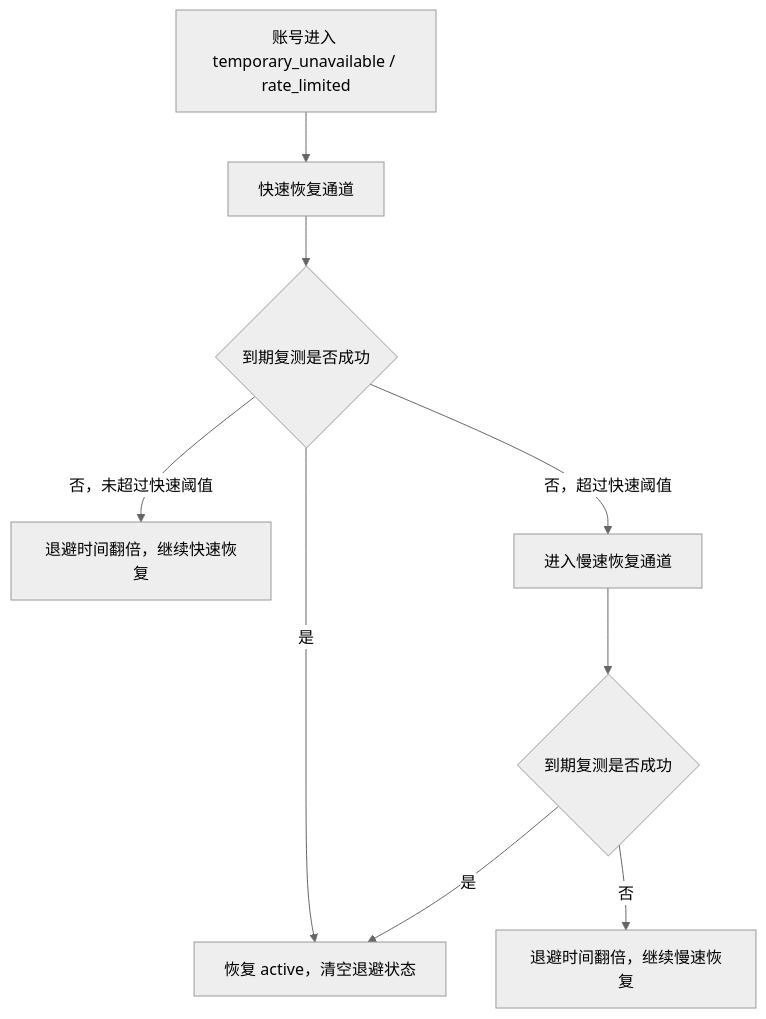
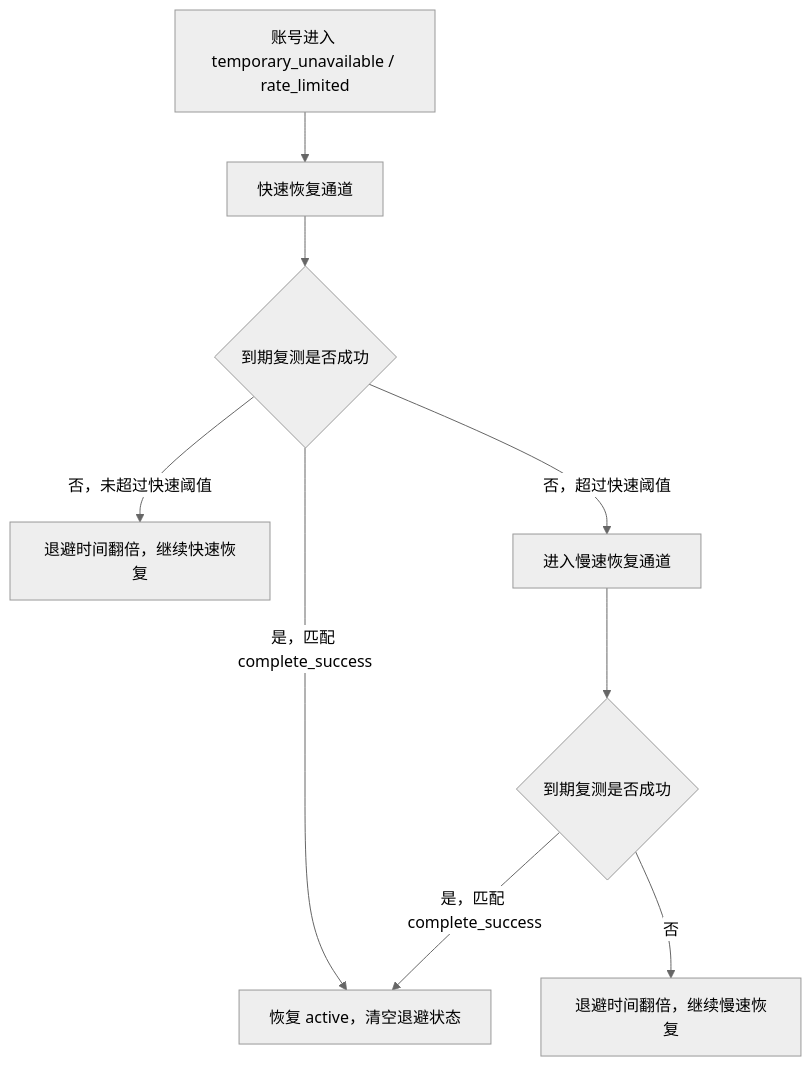
The third of 3 diagrams in docs/functions/网关异常重试与兜底策略.md (huanmin123/juhe-ai), drawn with Mermaid (neutral theme) before and after one commit. The commit also changed other lines of this file and 290 other files, not shown here.

````diff
--- a/docs/functions/网关异常重试与兜底策略.md
+++ b/docs/functions/网关异常重试与兜底策略.md
@@ -245,11 +263,11 @@
 ```mermaid
 flowchart TD
   A["账号进入 temporary_unavailable / rate_limited"] --> B["快速恢复通道"]
   B --> C{"到期复测是否成功"}
-  C -- "是" --> D["恢复 active，清空退避状态"]
+  C -- "是，匹配 complete_success" --> D["恢复 active，清空退避状态"]
   C -- "否，未超过快速阈值" --> E["退避时间翻倍，继续快速恢复"]
   C -- "否，超过快速阈值" --> F["进入慢速恢复通道"]
   F --> G{"到期复测是否成功"}
-  G -- "是" --> D
+  G -- "是，匹配 complete_success" --> D
   G -- "否" --> H["退避时间翻倍，继续慢速恢复"]
 ```
````
